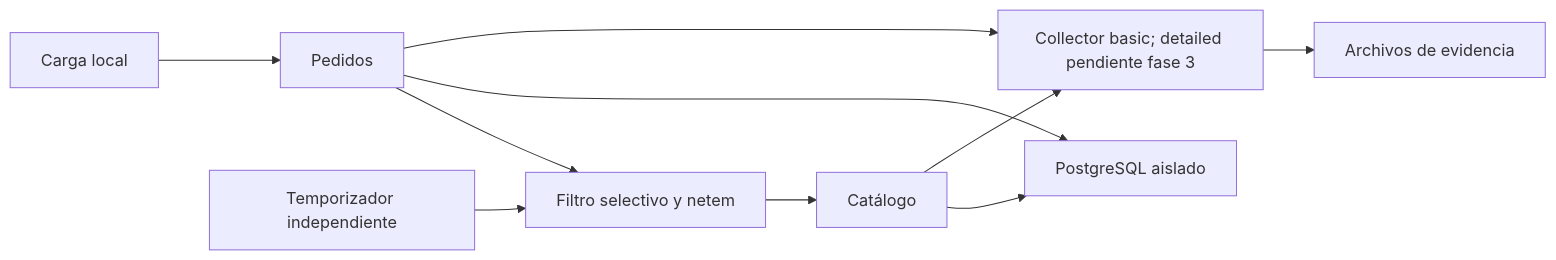
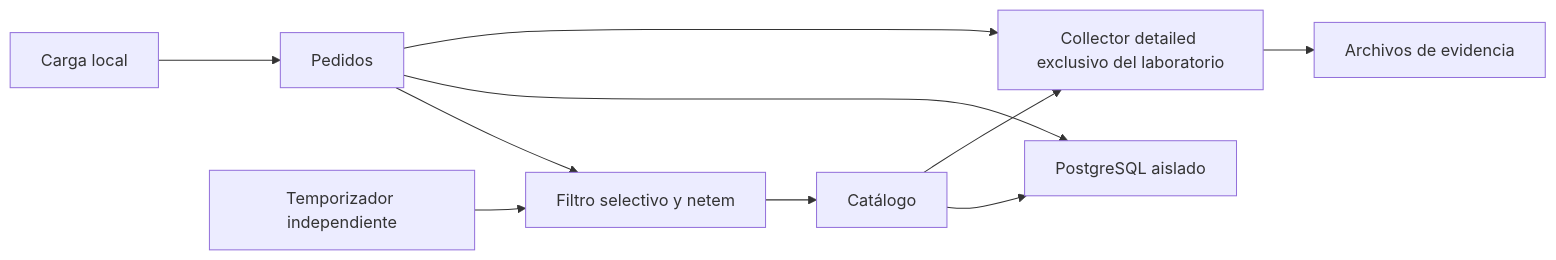
The diagram in specs/ID-003-gameday-caos-local/00-plan-general.md (json-fuquene/pipeline-otel-e2e), drawn with Mermaid before and after one commit. The commit also changed other lines of this file and 119 other files, not shown here.

````diff
--- a/specs/ID-003-gameday-caos-local/00-plan-general.md
+++ b/specs/ID-003-gameday-caos-local/00-plan-general.md
@@ -27,12 +27,12 @@
 ```mermaid
 flowchart LR
   L[Carga local] --> O[Pedidos]
   O --> F[Filtro selectivo y netem]
   F --> C[Catálogo]
   O --> P[PostgreSQL aislado]
   C --> P
   W[Temporizador independiente] --> F
-  O --> T[Collector basic; detailed pendiente fase 3]
+  O --> T[Collector detailed exclusivo del laboratorio]
   C --> T
   T --> A[Archivos de evidencia]
 ```
````
